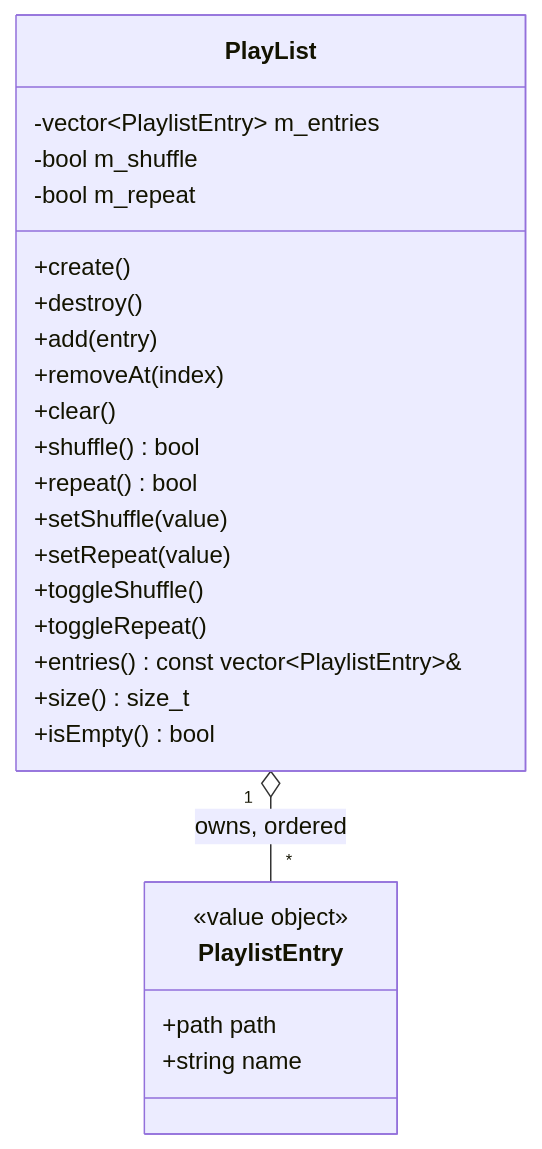
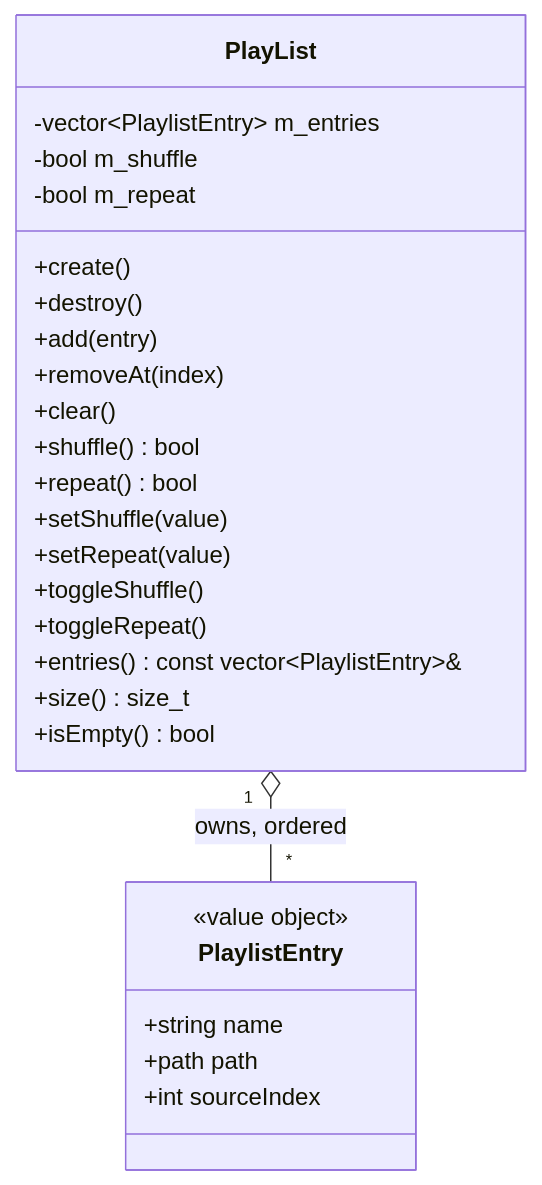
One commit to notnotme/osp2 changed the diagram in docs/playlist.md. Above: the diagram before and after it, drawn with Mermaid. The commit also changed other lines of this file and 10 other files, not shown here.

````diff
--- a/docs/playlist.md
+++ b/docs/playlist.md
@@ -5,30 +5,31 @@
 ```mermaid
 classDiagram
     class PlaylistEntry {
         <<value object>>
+        +string name
         +path path
-        +string name
+        +int sourceIndex
     }
 
     class PlayList {
         -vector~PlaylistEntry~ m_entries
         -bool m_shuffle
         -bool m_repeat
         +create()
         +destroy()
         +add(entry)
         +removeAt(index)
         +clear()
         +shuffle() bool
         +repeat() bool
         +setShuffle(value)
         +setRepeat(value)
         +toggleShuffle()
         +toggleRepeat()
         +entries() const vector~PlaylistEntry~&
         +size() size_t
         +isEmpty() bool
     }
 
     PlayList "1" o-- "*" PlaylistEntry : owns, ordered
 ```
````
